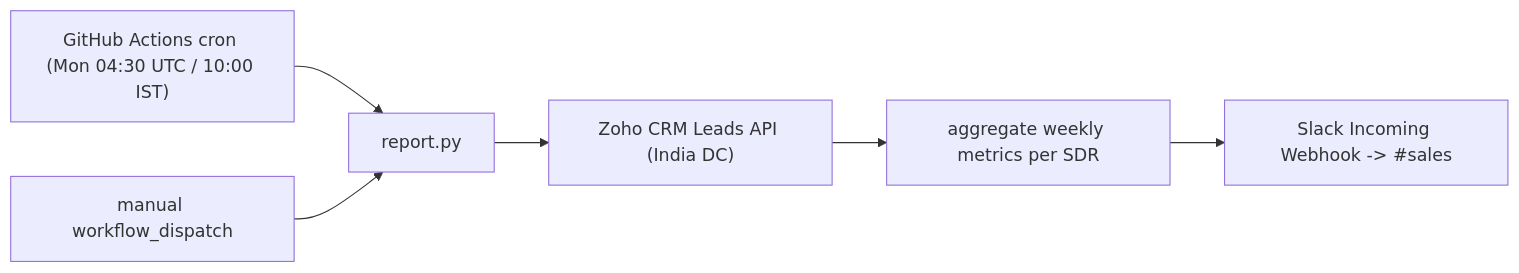
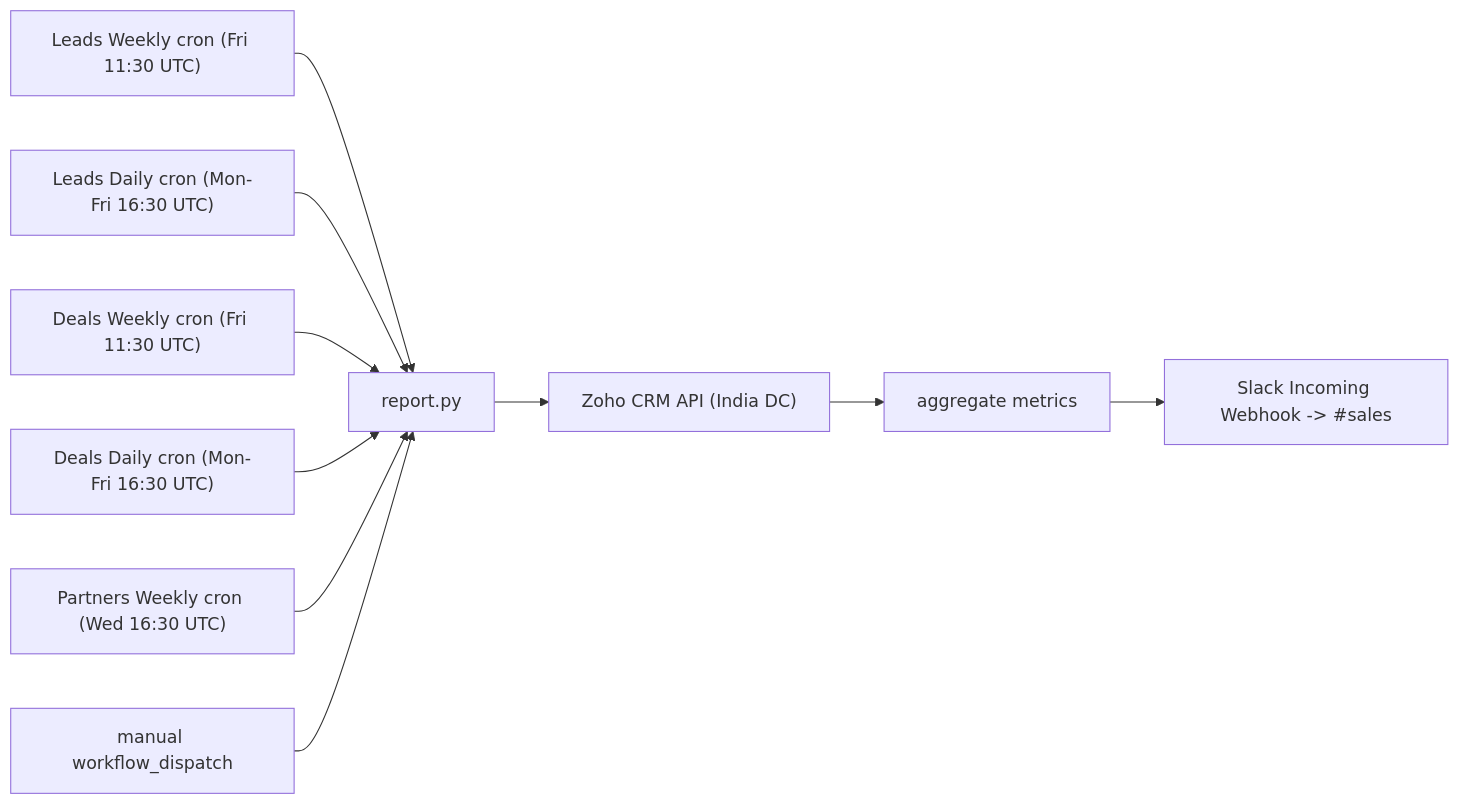
The diagram in README.md (AyushP672/zoho-slack-report), drawn with Mermaid before and after one commit. The commit also changed other lines of this file and 17 other files, not shown here.

Commit message:
Feat: Refactor and add Deals report

````diff
--- a/README.md
+++ b/README.md
@@ -106,8 +147,12 @@
 ```mermaid
 flowchart LR
-  cron["GitHub Actions cron (Mon 04:30 UTC / 10:00 IST)"] --> run["report.py"]
+  leadsWeeklyCron["Leads Weekly cron (Fri 11:30 UTC)"] --> run["report.py"]
+  leadsDailyCron["Leads Daily cron (Mon-Fri 16:30 UTC)"] --> run
+  dealsWeeklyCron["Deals Weekly cron (Fri 11:30 UTC)"] --> run
+  dealsDailyCron["Deals Daily cron (Mon-Fri 16:30 UTC)"] --> run
+  partnerCron["Partners Weekly cron (Wed 16:30 UTC)"] --> run
   dispatch["manual workflow_dispatch"] --> run
-  run --> zoho["Zoho CRM Leads API (India DC)"]
-  zoho --> build["aggregate weekly metrics per SDR"]
+  run --> zoho["Zoho CRM API (India DC)"]
+  zoho --> build["aggregate metrics"]
   build --> slack["Slack Incoming Webhook -> #sales"]
 ```
````
